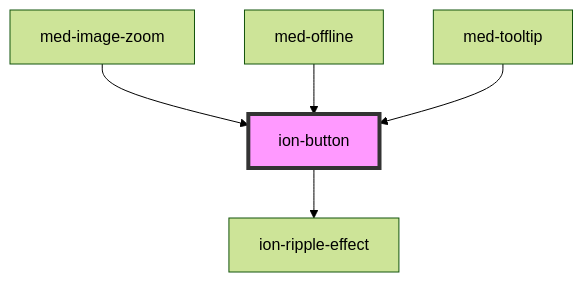
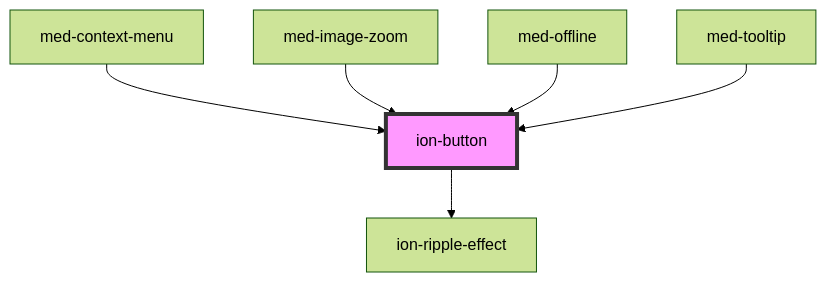
Before and after one commit to MEDGRUPOGIT/ionic-framework-1: the diagram in core/src/components/button/readme.md, drawn with Mermaid (forest theme). The commit also changed other lines of this file and 12 other files, not shown here.

````diff
--- a/core/src/components/button/readme.md
+++ b/core/src/components/button/readme.md
@@ -381,8 +382,9 @@
 ```mermaid
 graph TD;
   ion-button --> ion-ripple-effect
+  med-context-menu --> ion-button
   med-image-zoom --> ion-button
   med-offline --> ion-button
   med-tooltip --> ion-button
   style ion-button fill:#f9f,stroke:#333,stroke-width:4px
 ```
````
